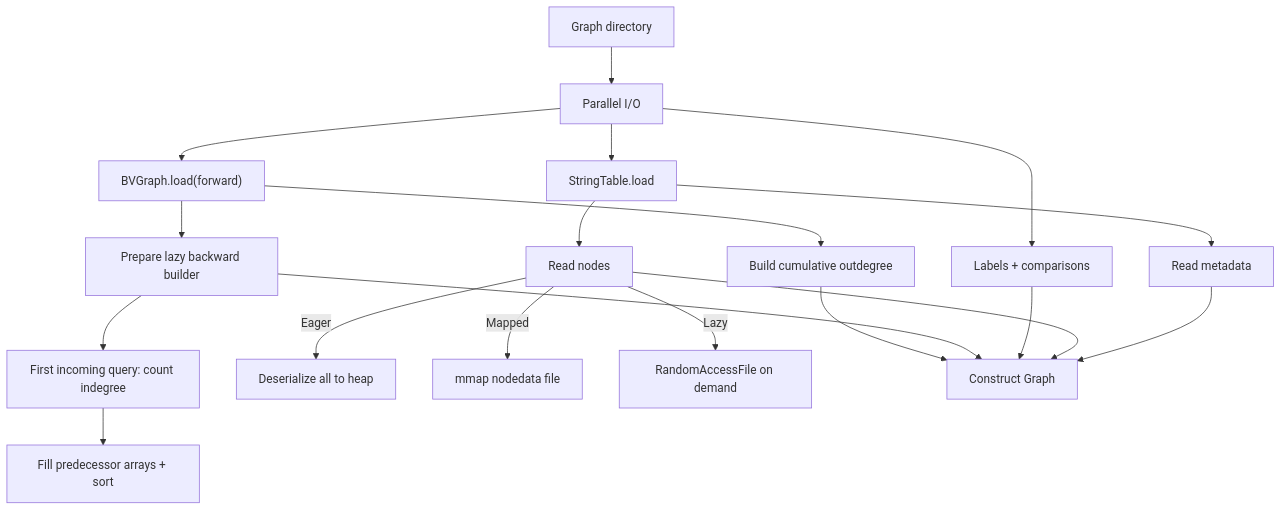
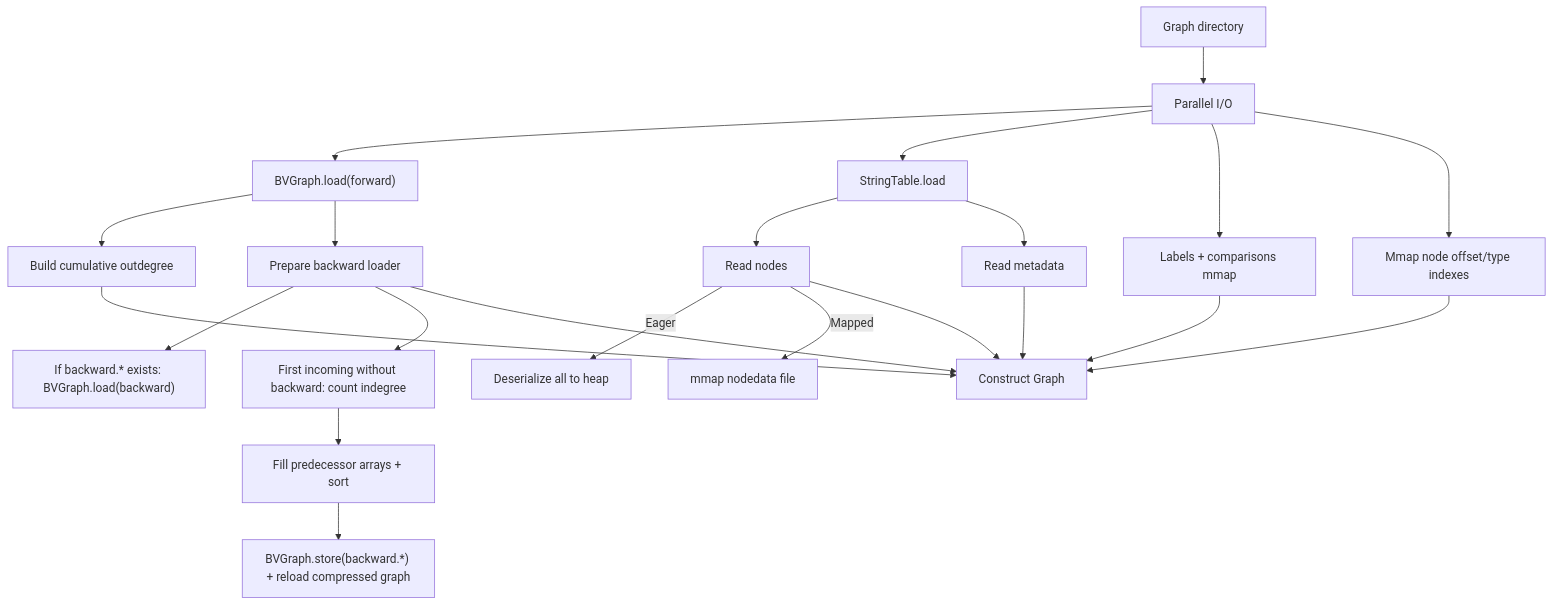
The second of 2 diagrams in docs/webgraph-storage.md (johnsonlee/graphite), drawn with Mermaid before and after one commit. The commit also changed other lines of this file and 32 other files, not shown here.

````diff
--- a/docs/webgraph-storage.md
+++ b/docs/webgraph-storage.md
@@ -77,17 +91,19 @@
 ```mermaid
 graph TD
     A[Graph directory] --> B[Parallel I/O]
     B --> B1["BVGraph.load(forward)"]
     B --> B2[StringTable.load]
-    B --> B3[Labels + comparisons]
+    B --> B3[Labels + comparisons mmap]
+    B --> B4[Mmap node offset/type indexes]
     B1 --> C[Build cumulative outdegree]
-    B1 --> D[Prepare lazy backward builder]
-    D --> D1[First incoming query: count indegree]
-    D1 --> D2[Fill predecessor arrays + sort]
+    B1 --> D[Prepare backward loader]
+    D --> D1["If backward.* exists: BVGraph.load(backward)"]
+    D --> D2[First incoming without backward: count indegree]
+    D2 --> D3[Fill predecessor arrays + sort]
+    D3 --> D4["BVGraph.store(backward.*) + reload compressed graph"]
     B2 --> E[Read nodes]
     E -->|Eager| E1[Deserialize all to heap]
     E -->|Mapped| E2[mmap nodedata file]
-    E -->|Lazy| E3[RandomAccessFile on demand]
     B2 --> F[Read metadata]
-C & D & B3 & E & F --> G[Construct Graph]
+C & D & B3 & B4 & E & F --> G[Construct Graph]
 ```
````
